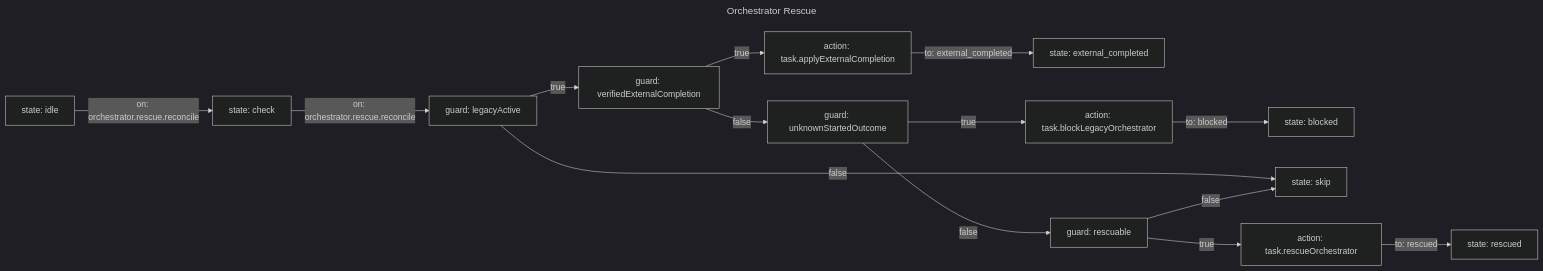
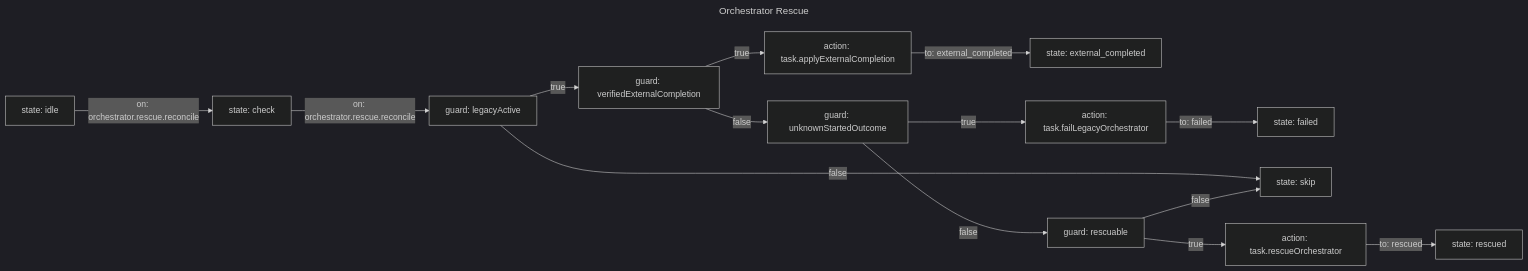
One commit to lalalic/agents-relay changed the diagram in workflow/orchestrator-rescue.mmd. Above: the diagram before and after it, drawn with Mermaid (dark theme). The commit also changed 59 other files, not shown here.

```diff
--- a/workflow/orchestrator-rescue.mmd
+++ b/workflow/orchestrator-rescue.mmd
@@ -1,32 +1,32 @@
 ---
 title: Orchestrator Rescue
 description: Determines when orchestration needs safe intervention or recovery.
 ---
 flowchart LR
 %% relay: initial idle
 idle["state: idle"]
 check["state: check"]
 external["state: external_completed"]
-blocked["state: blocked"]
+failed["state: failed"]
 skip["state: skip"]
 rescued["state: rescued"]
 legacyActive["guard: legacyActive"]
 verifiedExternalCompletion["guard: verifiedExternalCompletion"]
 unknownStartedOutcome["guard: unknownStartedOutcome"]
 rescuable["guard: rescuable"]
 rescue["action: task.rescueOrchestrator"]
 externalCompletion["action: task.applyExternalCompletion"]
-quarantine["action: task.blockLegacyOrchestrator"]
+quarantine["action: task.failLegacyOrchestrator"]
 idle -->|on: orchestrator.rescue.reconcile| check
 check -->|on: orchestrator.rescue.reconcile| legacyActive
 legacyActive -->|false| skip
 legacyActive -->|true| verifiedExternalCompletion
 verifiedExternalCompletion -->|true| externalCompletion
 externalCompletion -->|to: external_completed| external
 verifiedExternalCompletion -->|false| unknownStartedOutcome
 unknownStartedOutcome -->|true| quarantine
-quarantine -->|to: blocked| blocked
+quarantine -->|to: failed| failed
 unknownStartedOutcome -->|false| rescuable
 rescuable -->|false| skip
 rescuable -->|true| rescue
 rescue -->|to: rescued| rescued
```
